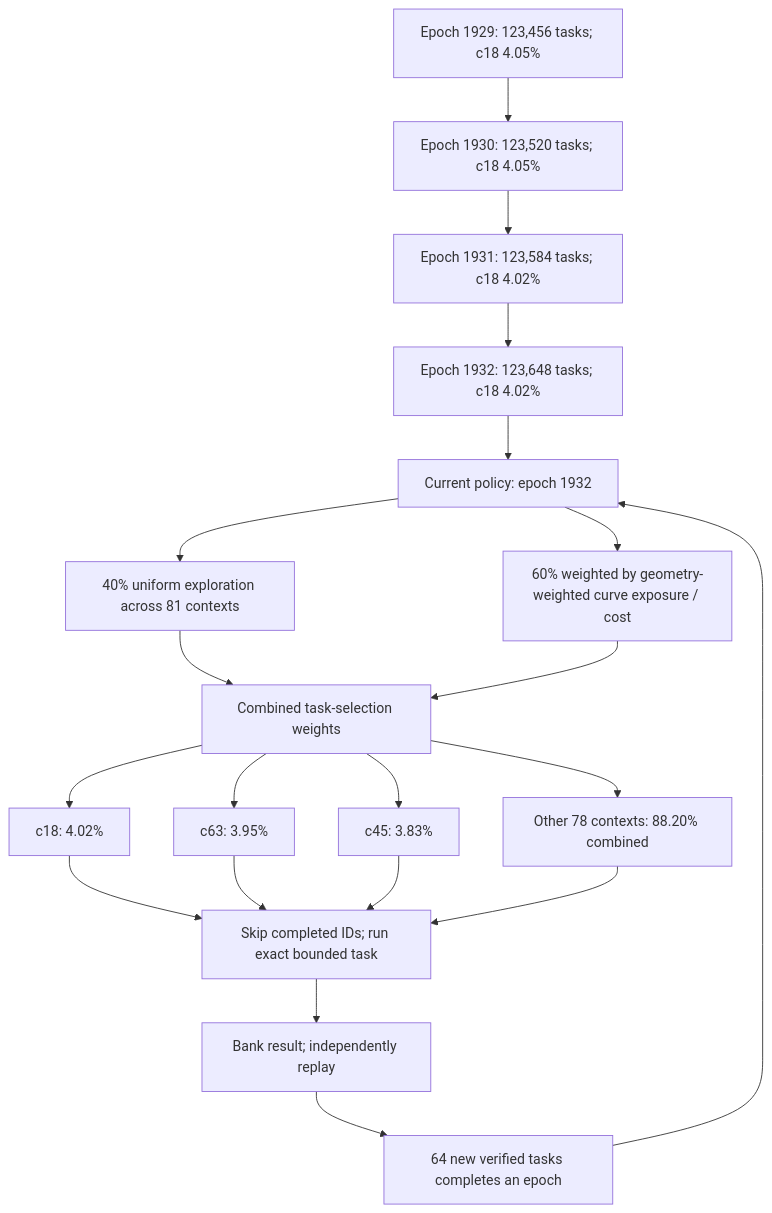
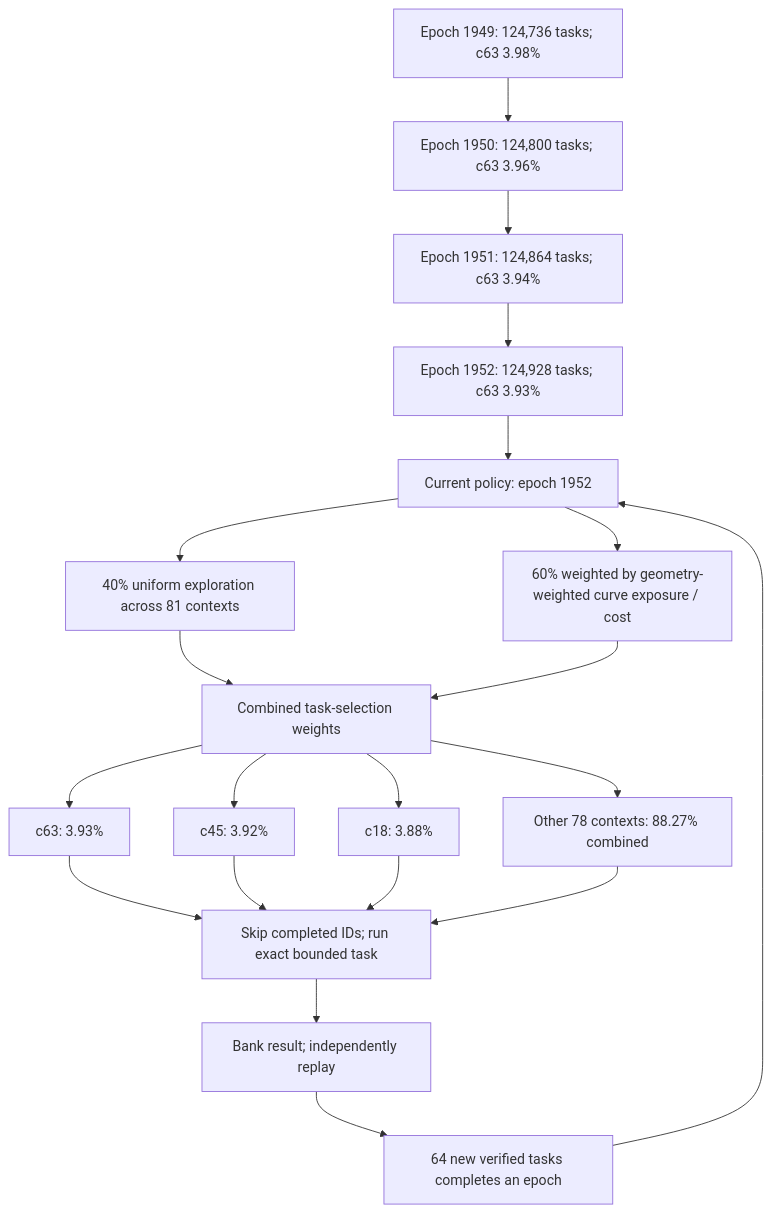
One commit to Kuberwastaken/math-gambling changed the first of 3 diagrams in README.md. Above: the diagram before and after it, drawn with Mermaid. The commit also changed other lines of this file and 2645 other files, not shown here.

````diff
--- a/README.md
+++ b/README.md
@@ -56,27 +56,27 @@
 ```mermaid
 flowchart TD
-    H0["Epoch 1929: 123,456 tasks; c18 4.05%"]
-    H1["Epoch 1930: 123,520 tasks; c18 4.05%"]
+    H0["Epoch 1949: 124,736 tasks; c63 3.98%"]
+    H1["Epoch 1950: 124,800 tasks; c63 3.96%"]
     H0 --> H1
-    H2["Epoch 1931: 123,584 tasks; c18 4.02%"]
+    H2["Epoch 1951: 124,864 tasks; c63 3.94%"]
     H1 --> H2
-    H3["Epoch 1932: 123,648 tasks; c18 4.02%"]
+    H3["Epoch 1952: 124,928 tasks; c63 3.93%"]
     H2 --> H3
-    Policy["Current policy: epoch 1932"]
+    Policy["Current policy: epoch 1952"]
     H3 --> Policy
     Policy --> Explore["40% uniform exploration across 81 contexts"]
     Policy --> Cost["60% weighted by geometry-weighted curve exposure / cost"]
     Explore --> Mix["Combined task-selection weights"]
     Cost --> Mix
-    Mix --> C0["c18: 4.02%"]
-    Mix --> C1["c63: 3.95%"]
-    Mix --> C2["c45: 3.83%"]
-    Mix --> Rest["Other 78 contexts: 88.20% combined"]
+    Mix --> C0["c63: 3.93%"]
+    Mix --> C1["c45: 3.92%"]
+    Mix --> C2["c18: 3.88%"]
+    Mix --> Rest["Other 78 contexts: 88.27% combined"]
     C0 --> Check["Skip completed IDs; run exact bounded task"]
     C1 --> Check
     C2 --> Check
     Rest --> Check
     Check --> Replay["Bank result; independently replay"]
     Replay --> Gate["64 new verified tasks completes an epoch"]
     Gate --> Policy
 ```
````
